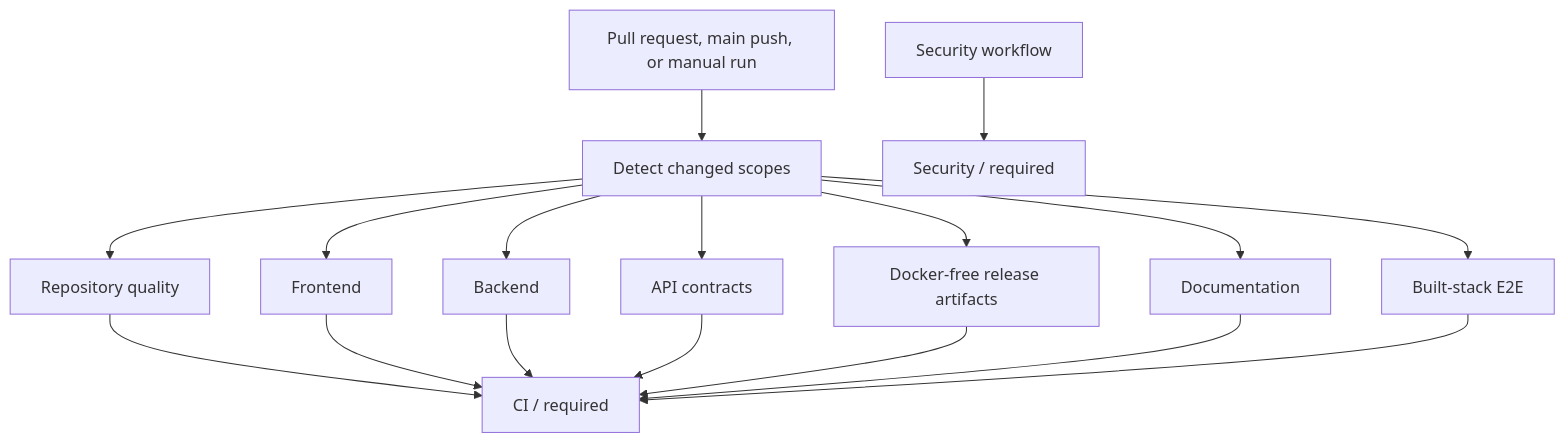
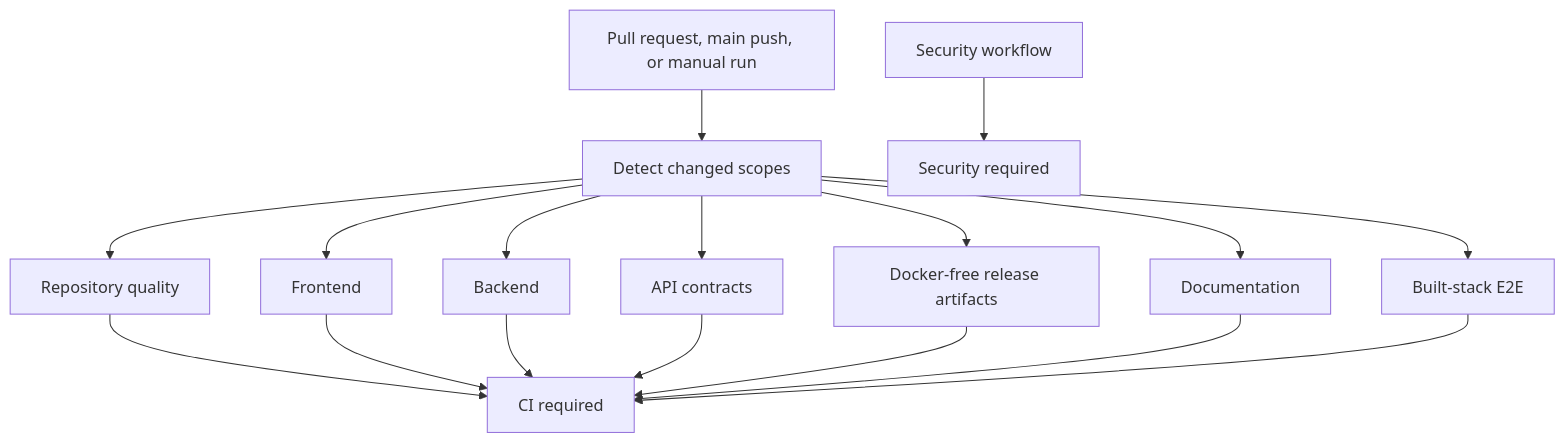
Before and after one commit to tensho1026/github-issue-search: the diagram in docs/ci.md, drawn with Mermaid. The commit also changed other lines of this file and 4 other files, not shown here.

````diff
--- a/docs/ci.md
+++ b/docs/ci.md
@@ -7,19 +7,19 @@
 ```mermaid
 flowchart TD
     Event["Pull request, main push, or manual run"] --> Changes["Detect changed scopes"]
     Changes --> Repo["Repository quality"]
     Changes --> Frontend["Frontend"]
     Changes --> Backend["Backend"]
     Changes --> Contract["API contracts"]
     Changes --> Delivery["Docker-free release artifacts"]
     Changes --> Docs["Documentation"]
     Changes --> E2E["Built-stack E2E"]
-    Security["Security workflow"] --> SecurityRequired["Security / required"]
-    Repo --> Required["CI / required"]
+    Security["Security workflow"] --> SecurityRequired["Security required"]
+    Repo --> Required["CI required"]
     Frontend --> Required
     Backend --> Required
     Contract --> Required
     Delivery --> Required
     Docs --> Required
     E2E --> Required
 ```
````
